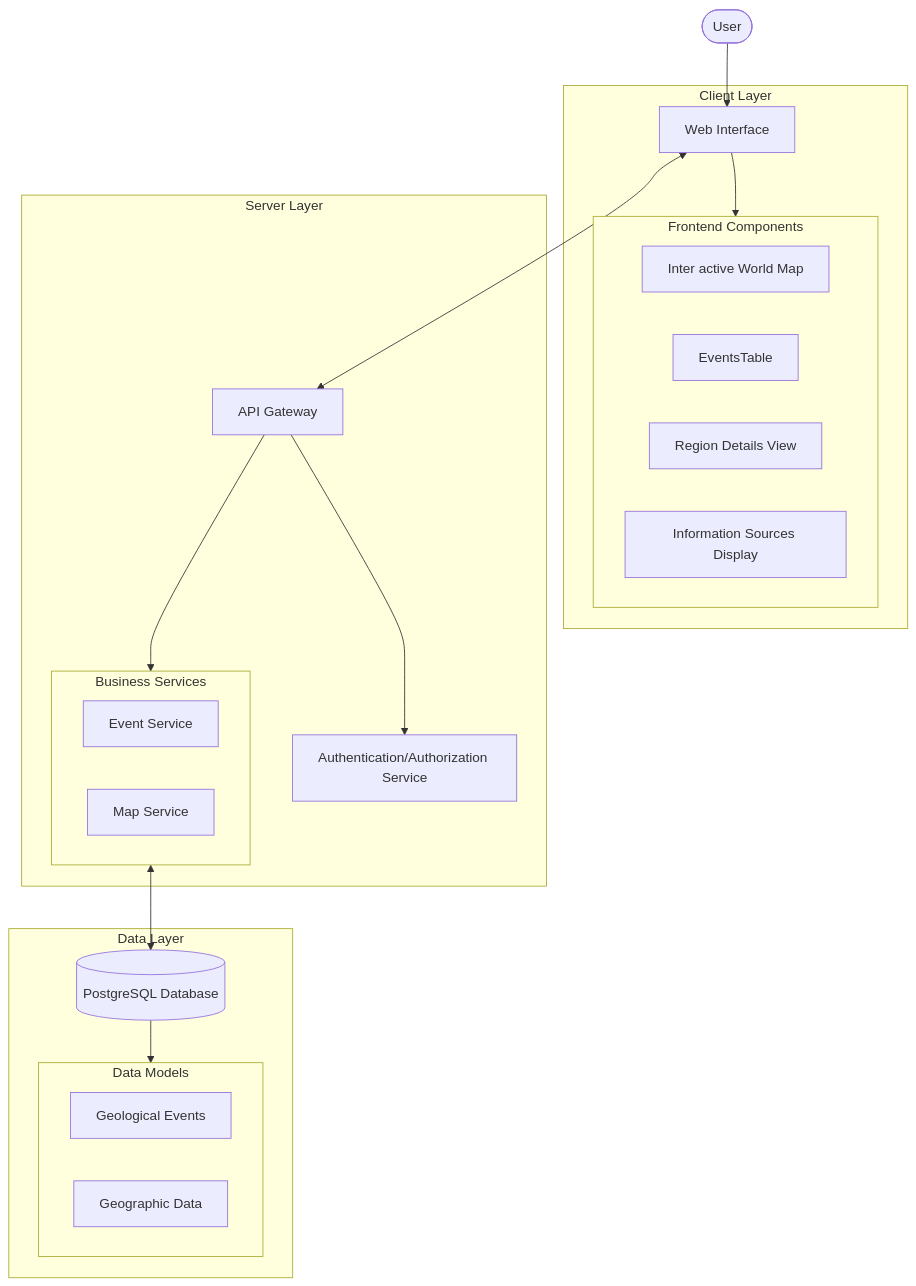
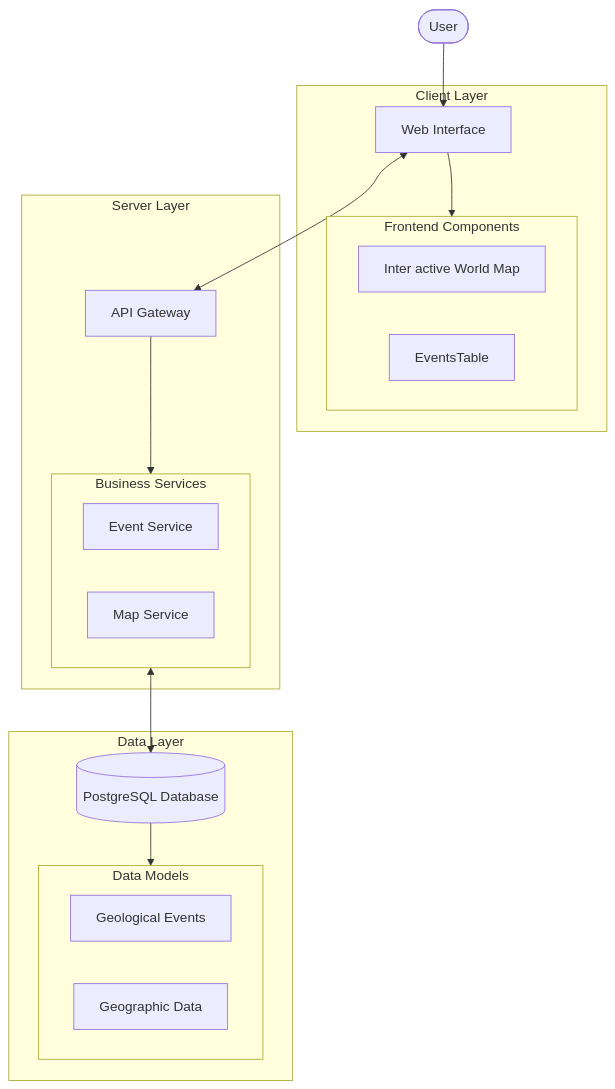
Before and after one commit to EthanRule/Geoscoping: the diagram in docs/architecture/diagrams/application-diagram.md, drawn with Mermaid. The commit also changed 8 other files, not shown here.

````diff
--- a/docs/architecture/diagrams/application-diagram.md
+++ b/docs/architecture/diagrams/application-diagram.md
@@ -9,47 +9,43 @@
 ```mermaid
 flowchart TD
     User([User]) --> FrontEnd
 
     subgraph Client["Client Layer"]
         FrontEnd["Web Interface"]
 
         subgraph FrontendComponents["Frontend Components"]
             WorldMap["Inter active World Map"]
             EventTable["EventsTable"]
-            RegionDetails["Region Details View"]
-            SourceInfo["Information Sources Display"]
         end
 
         FrontEnd --> FrontendComponents
     end
 
     subgraph Server["Server Layer"]
         API["API Gateway"]
-        AuthService["Authentication/Authorization Service"]
 
         subgraph Services["Business Services"]
             EventService["Event Service"]
             MapService["Map Service"]
         end
 
-        API --> AuthService
         API --> Services
     end
 
     subgraph Data["Data Layer"]
         PostgreSQL[(PostgreSQL Database)]
         subgraph DataModels["Data Models"]
             Events["Geological Events"]
             GeographicData["Geographic Data"]
         end
 
         PostgreSQL --> DataModels
     end
 
     FrontEnd <--> API
     Services <--> PostgreSQL
 
     class Events,GeographicData database
     class WorldMap,EventTable,RegionDetails,SourceInfo ui
     class EventService,MapService service
 ```
````
